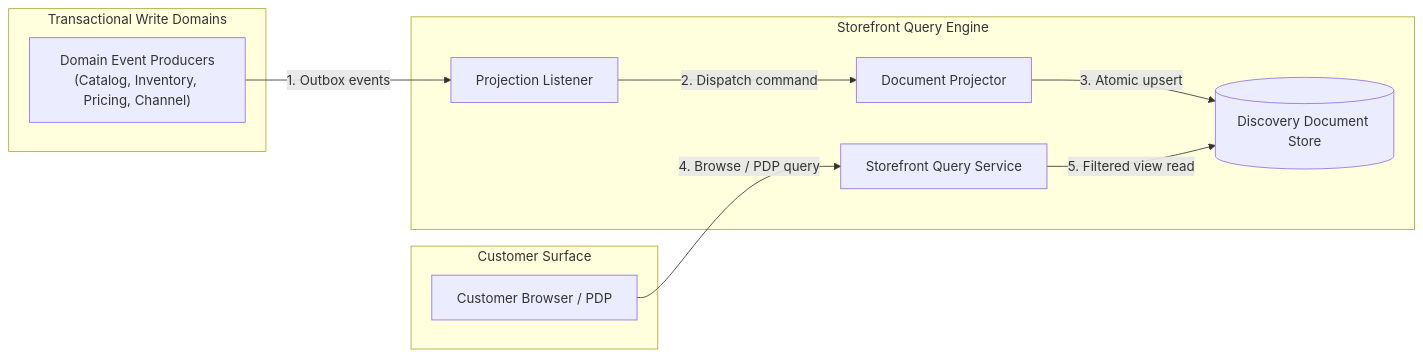
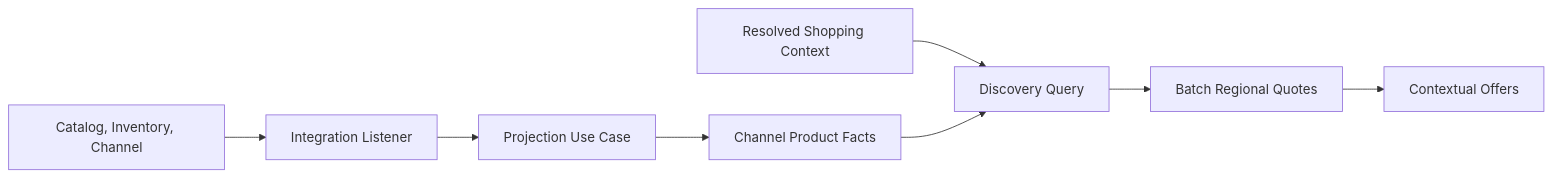
One commit to khinemyaezin/grab changed the first of 4 diagrams in docs/spec/system/storefront-query-tech-spec.md. Above: the diagram before and after it, drawn with Mermaid. The commit also changed other lines of this file and 26 other files, not shown here.

````diff
--- a/docs/spec/system/storefront-query-tech-spec.md
+++ b/docs/spec/system/storefront-query-tech-spec.md
@@ -46,23 +37,10 @@
 ```mermaid
 flowchart LR
-    subgraph WriteDomains ["Transactional Write Domains"]
-        Source["Domain Event Producers\n(Catalog, Inventory, Pricing, Channel)"]
-    end
-
-    subgraph StorefrontQueryEngine ["Storefront Query Engine"]
-        Listener["Projection Listener"]
-        Projector["Document Projector"]
-        Store[("Discovery Document Store")]
-        QueryService["Storefront Query Service"]
-    end
-
-    subgraph CustomerSurface ["Customer Surface"]
-        Customer["Customer Browser / PDP"]
-    end
-
-    Source -->|"1. Outbox events"| Listener
-    Listener -->|"2. Dispatch command"| Projector
-    Projector -->|"3. Atomic upsert"| Store
-    Customer -->|"4. Browse / PDP query"| QueryService
-    QueryService -->|"5. Filtered view read"| Store
+    Sources["Catalog, Inventory, Channel"] --> Listener["Integration Listener"]
+    Listener --> Projector["Projection Use Case"]
+    Projector --> Facts["Channel Product Facts"]
+    Context["Resolved Shopping Context"] --> Reader["Discovery Query"]
+    Facts --> Reader
+    Reader --> Prices["Batch Regional Quotes"]
+    Prices --> Offers["Contextual Offers"]
 ```
````
